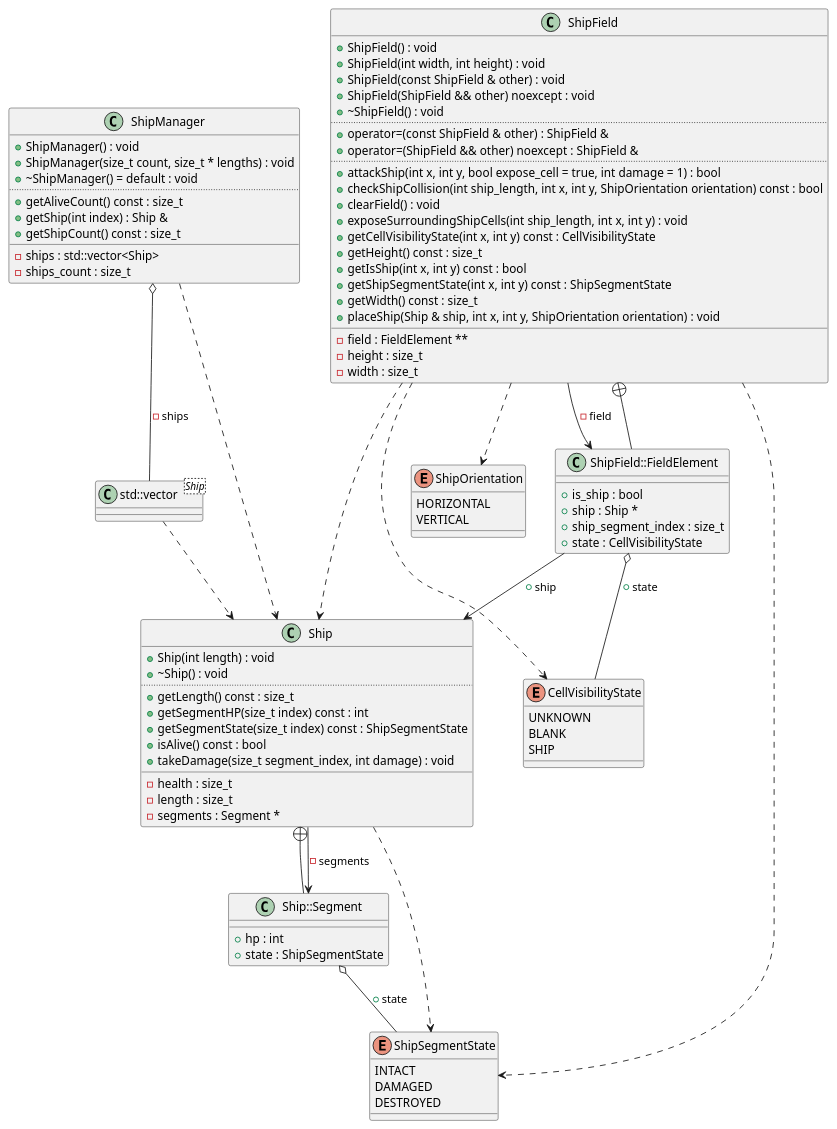
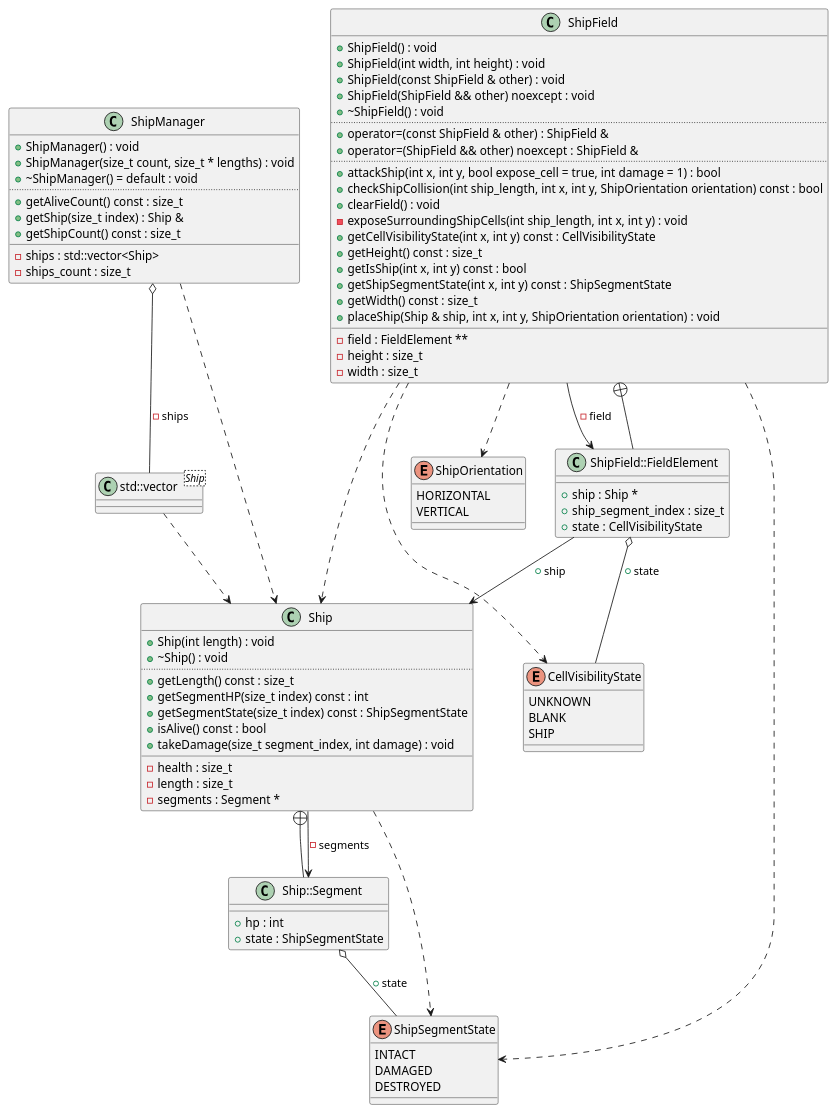
Before and after one commit to Rennelv/ships: the diagram in diagrams/lb1.puml, drawn with PlantUML. The commit also changed 30 other files, not shown here.

```diff
--- a/diagrams/lb1.puml
+++ b/diagrams/lb1.puml
@@ -1,109 +1,108 @@
 @startuml
 class "std::vector<Ship>" as C_0010668212532447068380
 class C_0010668212532447068380 {
 __
 }
 enum "ShipSegmentState" as C_0014256742677139282670
 enum C_0014256742677139282670 {
 INTACT
 DAMAGED
 DESTROYED
 }
 enum "ShipOrientation" as C_0002579181642537833876
 enum C_0002579181642537833876 {
 HORIZONTAL
 VERTICAL
 }
 enum "CellVisibilityState" as C_0003333043679234439357
 enum C_0003333043679234439357 {
 UNKNOWN
 BLANK
 SHIP
 }
 class "Ship" as C_0014529657433315016423
 class C_0014529657433315016423 {
 +Ship(int length) : void
 +~Ship() : void
 ..
 +getLength() const : size_t
 +getSegmentHP(size_t index) const : int
 +getSegmentState(size_t index) const : ShipSegmentState
 +isAlive() const : bool
 +takeDamage(size_t segment_index, int damage) : void
 __
 -health : size_t
 -length : size_t
 -segments : Segment *
 }
 class "Ship::Segment" as C_0000674658759292391449
 class C_0000674658759292391449 {
 __
 +hp : int
 +state : ShipSegmentState
 }
 class "ShipField" as C_0003843296779074973901
 class C_0003843296779074973901 {
 +ShipField() : void
 +ShipField(int width, int height) : void
 +ShipField(const ShipField & other) : void
 +ShipField(ShipField && other) noexcept : void
 +~ShipField() : void
 ..
 +operator=(const ShipField & other) : ShipField &
 +operator=(ShipField && other) noexcept : ShipField &
 ..
 +attackShip(int x, int y, bool expose_cell = true, int damage = 1) : bool
 +checkShipCollision(int ship_length, int x, int y, ShipOrientation orientation) const : bool
 +clearField() : void
-+exposeSurroundingShipCells(int ship_length, int x, int y) : void
+-exposeSurroundingShipCells(int ship_length, int x, int y) : void
 +getCellVisibilityState(int x, int y) const : CellVisibilityState
 +getHeight() const : size_t
 +getIsShip(int x, int y) const : bool
 +getShipSegmentState(int x, int y) const : ShipSegmentState
 +getWidth() const : size_t
 +placeShip(Ship & ship, int x, int y, ShipOrientation orientation) : void
 __
 -field : FieldElement **
 -height : size_t
 -width : size_t
 }
 class "ShipField::FieldElement" as C_0000316359785794417378
 class C_0000316359785794417378 {
 __
-+is_ship : bool
 +ship : Ship *
 +ship_segment_index : size_t
 +state : CellVisibilityState
 }
 class "ShipManager" as C_0017499122254539489506
 class C_0017499122254539489506 {
 +ShipManager() : void
 +ShipManager(size_t count, size_t * lengths) : void
 +~ShipManager() = default : void
 ..
 +getAliveCount() const : size_t
-+getShip(int index) : Ship &
++getShip(size_t index) : Ship &
 +getShipCount() const : size_t
 __
 -ships : std::vector<Ship>
 -ships_count : size_t
 }
 C_0010668212532447068380 ..> C_0014529657433315016423
 C_0014529657433315016423 ..> C_0014256742677139282670
 C_0014529657433315016423 --> C_0000674658759292391449 : -segments
 C_0000674658759292391449 --+ C_0014529657433315016423
 C_0000674658759292391449 o-- C_0014256742677139282670 : +state
 C_0003843296779074973901 ..> C_0002579181642537833876
 C_0003843296779074973901 ..> C_0003333043679234439357
 C_0003843296779074973901 ..> C_0014256742677139282670
 C_0003843296779074973901 ..> C_0014529657433315016423
 C_0003843296779074973901 --> C_0000316359785794417378 : -field
 C_0000316359785794417378 --+ C_0003843296779074973901
 C_0000316359785794417378 o-- C_0003333043679234439357 : +state
 C_0000316359785794417378 --> C_0014529657433315016423 : +ship
 C_0017499122254539489506 ..> C_0014529657433315016423
 C_0017499122254539489506 o-- C_0010668212532447068380 : -ships
 
 'Generated with clang-uml, version 0.5.5
 'LLVM version clang version 18.1.8
 @enduml
```
